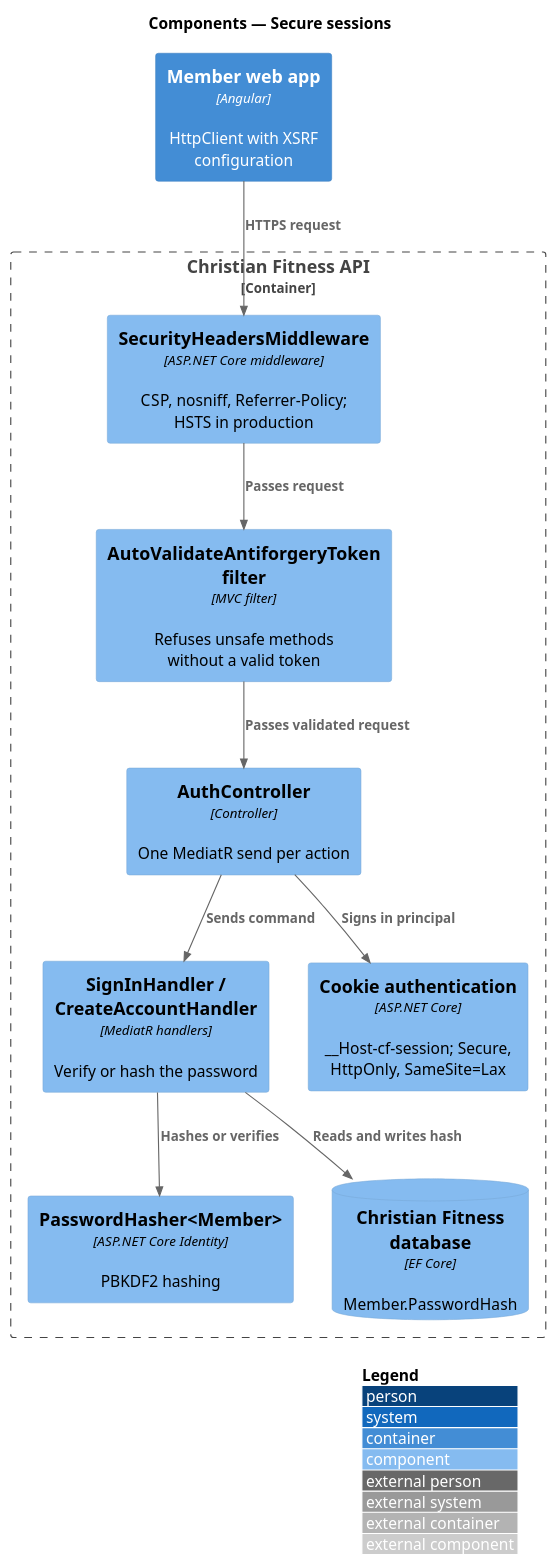
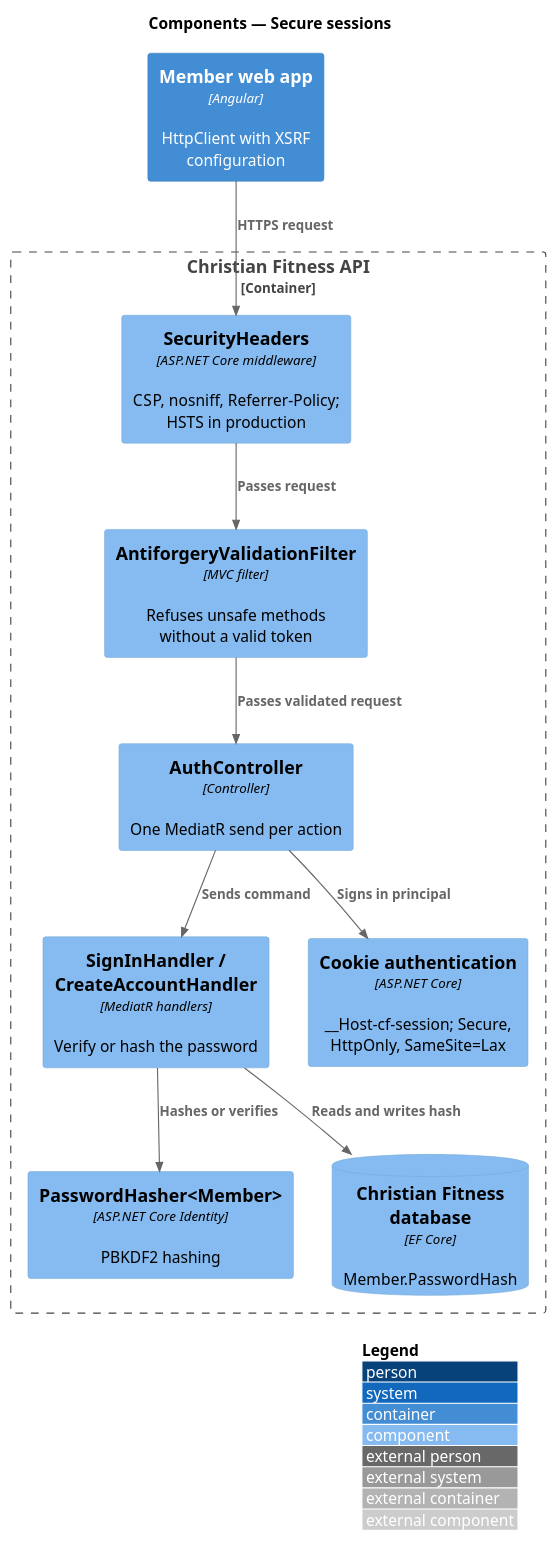
The diagram in docs/detailed-designs/security/secure-sessions/diagrams/c4-component.puml (QuinntyneBrown/christian-fitness), drawn with PlantUML before and after one commit. The commit also changed 10 other files, not shown here.

```diff
--- a/docs/detailed-designs/security/secure-sessions/diagrams/c4-component.puml
+++ b/docs/detailed-designs/security/secure-sessions/diagrams/c4-component.puml
@@ -1,23 +1,23 @@
 @startuml
 !include <C4/C4_Component>
 LAYOUT_WITH_LEGEND()
 title Components — Secure sessions
 
 Container(web, "Member web app", "Angular", "HttpClient with XSRF configuration")
 Container_Boundary(api, "Christian Fitness API") {
-  Component(hdr, "SecurityHeadersMiddleware", "ASP.NET Core middleware", "CSP, nosniff, Referrer-Policy; HSTS in production")
-  Component(af, "AutoValidateAntiforgeryToken filter", "MVC filter", "Refuses unsafe methods without a valid token")
+  Component(hdr, "SecurityHeaders", "ASP.NET Core middleware", "CSP, nosniff, Referrer-Policy; HSTS in production")
+  Component(af, "AntiforgeryValidationFilter", "MVC filter", "Refuses unsafe methods without a valid token")
   Component(ctrl, "AuthController", "Controller", "One MediatR send per action")
   Component(h, "SignInHandler / CreateAccountHandler", "MediatR handlers", "Verify or hash the password")
   Component(hasher, "PasswordHasher<Member>", "ASP.NET Core Identity", "PBKDF2 hashing")
   Component(cookie, "Cookie authentication", "ASP.NET Core", "__Host-cf-session; Secure, HttpOnly, SameSite=Lax")
   ComponentDb(db, "Christian Fitness database", "EF Core", "Member.PasswordHash")
 }
 Rel(web, hdr, "HTTPS request")
 Rel(hdr, af, "Passes request")
 Rel(af, ctrl, "Passes validated request")
 Rel(ctrl, h, "Sends command")
 Rel(h, hasher, "Hashes or verifies")
 Rel(h, db, "Reads and writes hash")
 Rel(ctrl, cookie, "Signs in principal")
 @enduml
```
